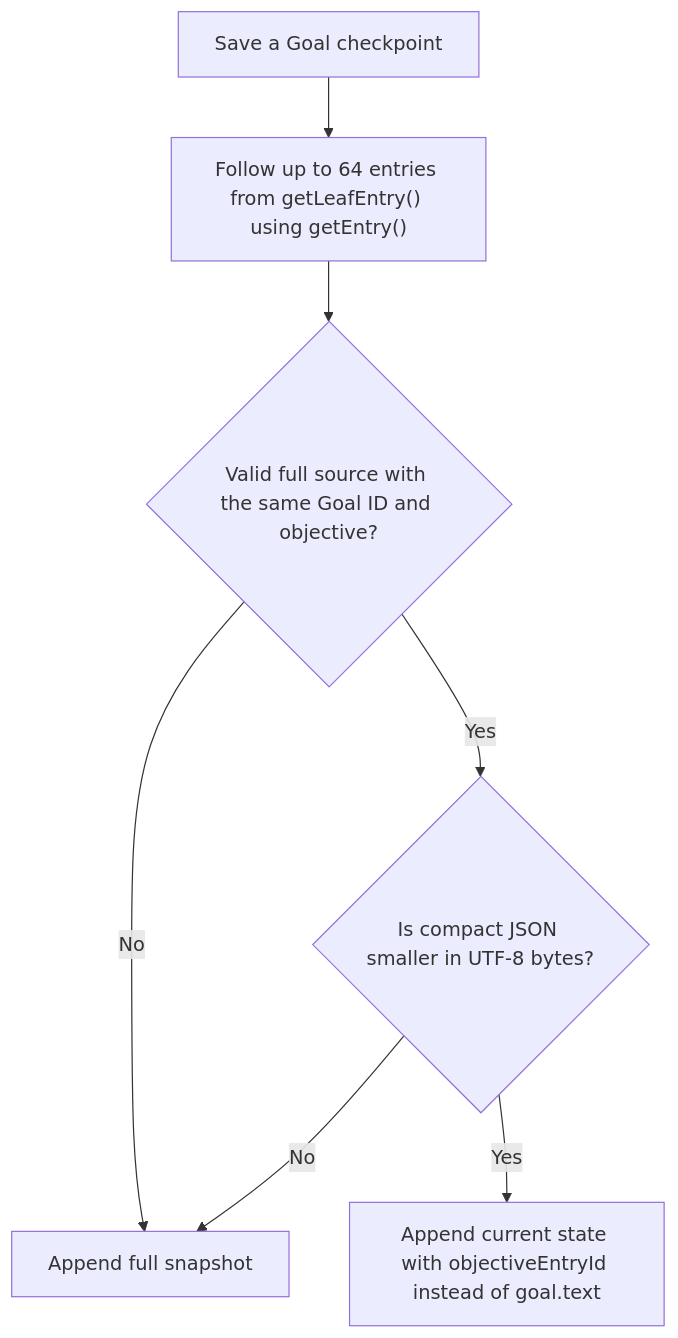
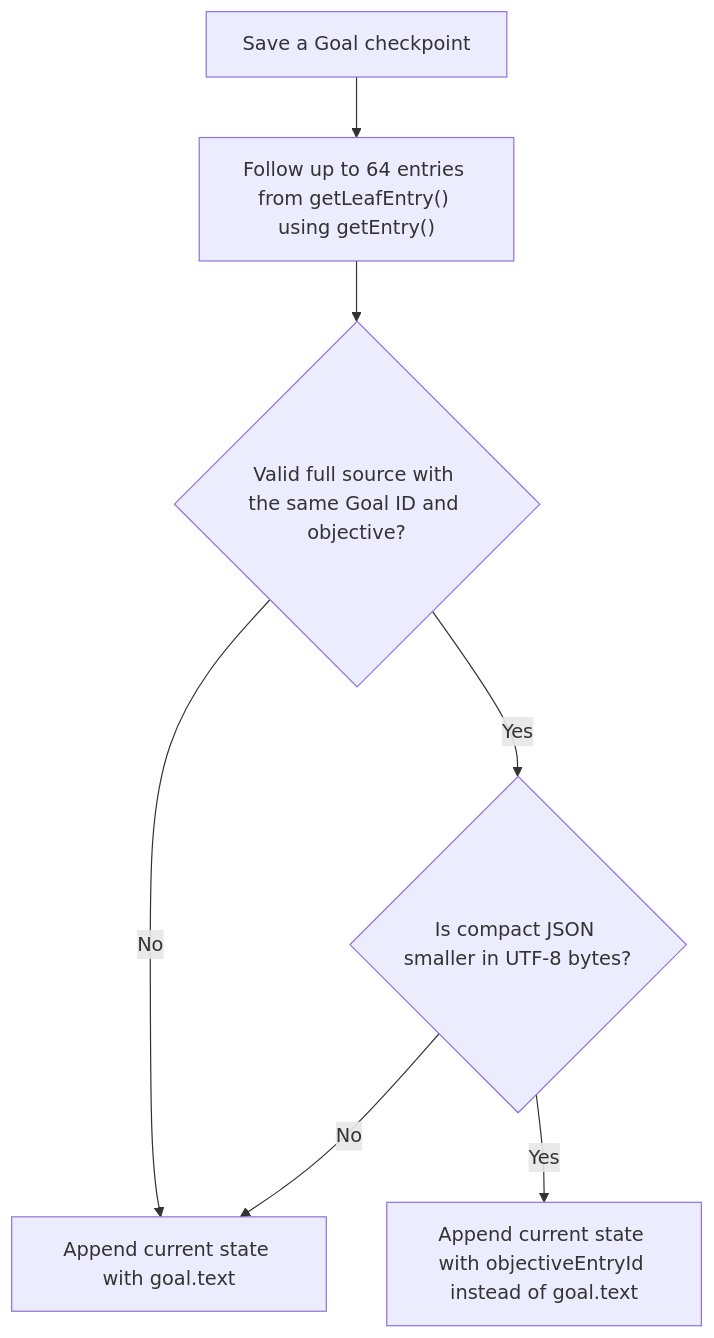
The third of 7 diagrams in docs/adr/0011-pi-goal-bounded-checkpoint-references.md (narumiruna/pi-extensions), drawn with Mermaid before and after one commit. The commit also changed other lines of this file, not shown here.

Commit message:
docs(goal): diagram six checkpoint write flows

````diff
--- a/docs/adr/0011-pi-goal-bounded-checkpoint-references.md
+++ b/docs/adr/0011-pi-goal-bounded-checkpoint-references.md
@@ -23,9 +61,9 @@
 ```mermaid
 flowchart TD
     Save["Save a Goal checkpoint"] --> Scan["Follow up to 64 entries from getLeafEntry() using getEntry()"]
     Scan --> Source{"Valid full source with the same Goal ID and objective?"}
-    Source -->|No| Full["Append full snapshot"]
+    Source -->|No| Full["Append current state with goal.text"]
     Source -->|Yes| Size{"Is compact JSON smaller in UTF-8 bytes?"}
     Size -->|No| Full
     Size -->|Yes| Compact["Append current state with objectiveEntryId instead of goal.text"]
 ```
````
